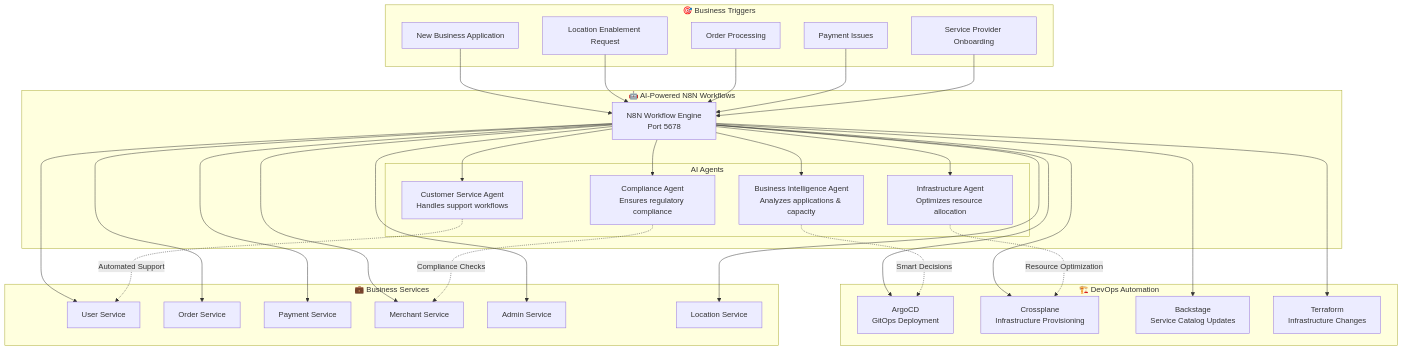
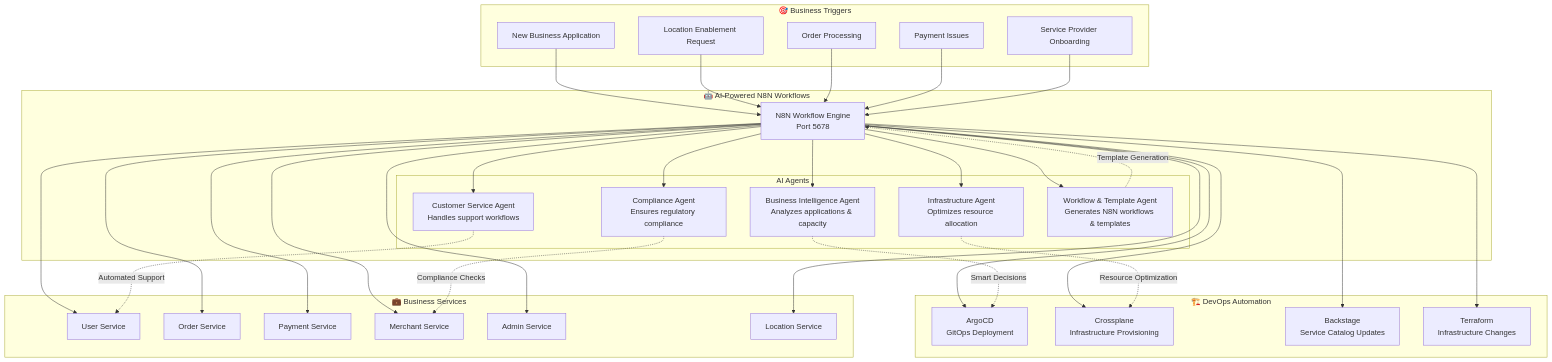
Before and after one commit to msdp-platform/msdp-documentation: the second of 8 diagrams in MSDP_MASTER_TECHNOLOGY_OVERVIEW.md, drawn with Mermaid. The commit also changed other lines of this file, not shown here.

First line of the commit message:
🤖 Add Workflow & Template Generation Agent to N8N architecture

````diff
--- a/MSDP_MASTER_TECHNOLOGY_OVERVIEW.md
+++ b/MSDP_MASTER_TECHNOLOGY_OVERVIEW.md
@@ -160,69 +160,72 @@
 ```mermaid
 graph TB
     subgraph "🎯 Business Triggers"
         BT1[New Business Application]
         BT2[Location Enablement Request]
         BT3[Order Processing]
         BT4[Payment Issues]
         BT5[Service Provider Onboarding]
     end
 
     subgraph "🤖 AI-Powered N8N Workflows"
         N8N[N8N Workflow Engine<br/>Port 5678]
         
         subgraph "AI Agents"
             AI1[Business Intelligence Agent<br/>Analyzes applications & capacity]
             AI2[Infrastructure Agent<br/>Optimizes resource allocation]
             AI3[Customer Service Agent<br/>Handles support workflows]
             AI4[Compliance Agent<br/>Ensures regulatory compliance]
+            AI5[Workflow & Template Agent<br/>Generates N8N workflows & templates]
         end
         
         N8N --> AI1
         N8N --> AI2
         N8N --> AI3
         N8N --> AI4
+        N8N --> AI5
     end
 
     subgraph "🏗️ DevOps Automation"
         AC[ArgoCD<br/>GitOps Deployment]
         CP[Crossplane<br/>Infrastructure Provisioning]
         BS[Backstage<br/>Service Catalog Updates]
         TF[Terraform<br/>Infrastructure Changes]
     end
 
     subgraph "💼 Business Services"
         US[User Service]
         OS[Order Service]
         PS[Payment Service]
         MS[Merchant Service]
         AS[Admin Service]
         LS[Location Service]
     end
 
     %% Business Triggers to N8N
     BT1 --> N8N
     BT2 --> N8N
     BT3 --> N8N
     BT4 --> N8N
     BT5 --> N8N
 
     %% N8N to DevOps (Infrastructure Automation)
     N8N --> AC
     N8N --> CP
     N8N --> BS
     N8N --> TF
 
     %% N8N to Business Services (Process Automation)
     N8N --> US
     N8N --> OS
     N8N --> PS
     N8N --> MS
     N8N --> AS
     N8N --> LS
 
     %% AI Agents enhance decision making
     AI1 -.->|Smart Decisions| AC
     AI2 -.->|Resource Optimization| CP
     AI3 -.->|Automated Support| US
     AI4 -.->|Compliance Checks| MS
+    AI5 -.->|Template Generation| N8N
 ```
````
